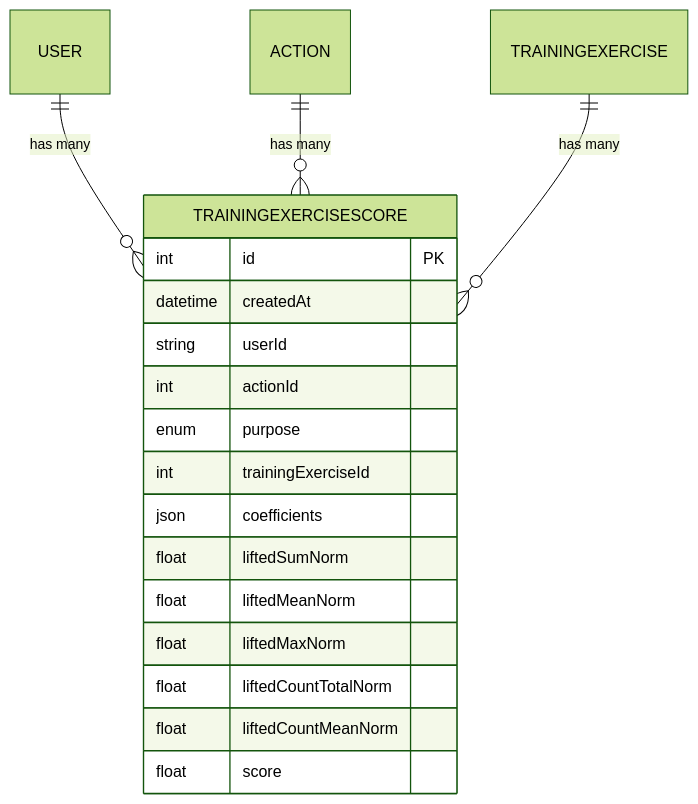
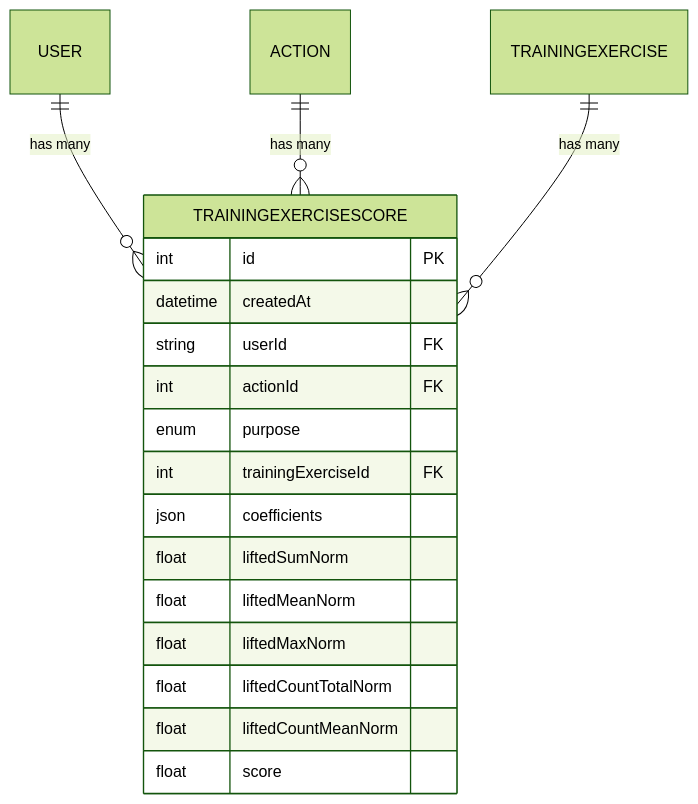
The tenth of 11 diagrams in .qoder/repowiki/en/content/Core Business Logic/Scoring and Analytics.md (Dezzpil/meingym), drawn with Mermaid (forest theme) before and after one commit. The commit also changed other lines of this file and 12 other files, not shown here.

````diff
--- a/.qoder/repowiki/en/content/Core Business Logic/Scoring and Analytics.md
+++ b/.qoder/repowiki/en/content/Core Business Logic/Scoring and Analytics.md
@@ -244,21 +389,21 @@
 ```mermaid
 erDiagram
 TRAININGEXERCISESCORE {
 int id PK
 datetime createdAt
-string userId
-int actionId
+string userId FK
+int actionId FK
 enum purpose
-int trainingExerciseId
+int trainingExerciseId FK
 json coefficients
 float liftedSumNorm
 float liftedMeanNorm
 float liftedMaxNorm
 float liftedCountTotalNorm
 float liftedCountMeanNorm
 float score
 }
 USER ||--o{ TRAININGEXERCISESCORE : "has many"
 ACTION ||--o{ TRAININGEXERCISESCORE : "has many"
 TRAININGEXERCISE ||--o{ TRAININGEXERCISESCORE : "has many"
 ```
````
